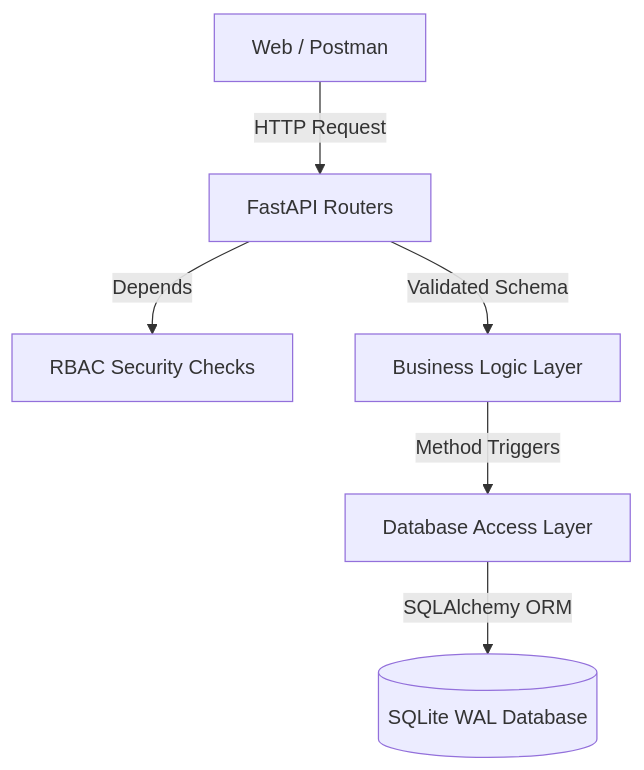
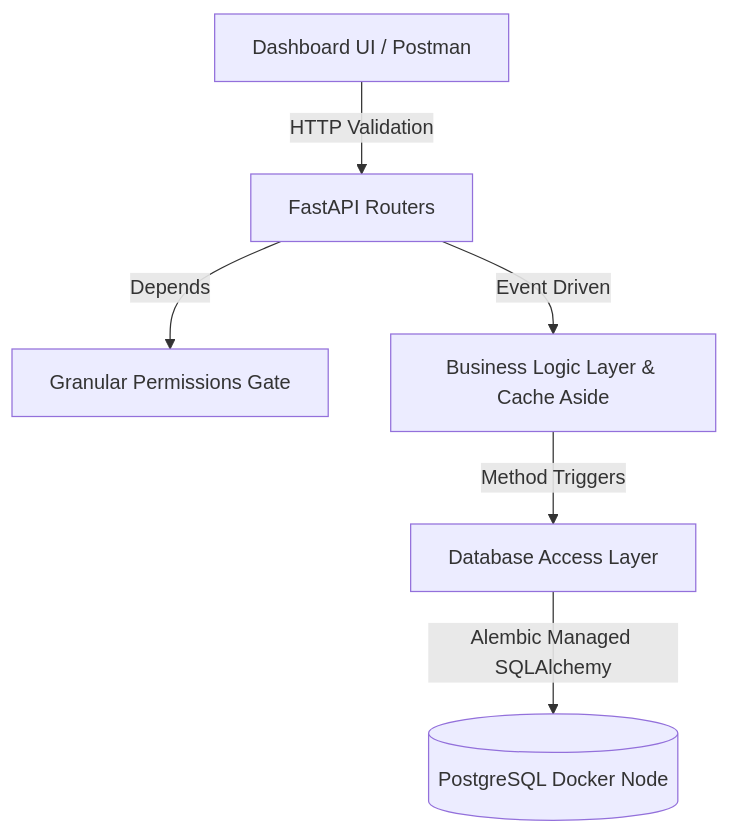
The diagram in README.md (Rajkaran-122/FinGuard), drawn with Mermaid before and after one commit. The commit also changed other lines of this file, not shown here.

````diff
--- a/README.md
+++ b/README.md
@@ -21,8 +24,8 @@
 ```mermaid
 graph TD
-    Client[Web / Postman] -->|HTTP Request| API[FastAPI Routers]
-    API -->|Depends| Auth[RBAC Security Checks]
-    API -->|Validated Schema| Services[Business Logic Layer]
+    Client[Dashboard UI / Postman] -->|HTTP Validation| API[FastAPI Routers]
+    API -->|Depends| Auth[Granular Permissions Gate]
+    API -->|Event Driven| Services[Business Logic Layer & Cache Aside]
     Services -->|Method Triggers| Repositories[Database Access Layer]
-    Repositories -->|SQLAlchemy ORM| DB[(SQLite WAL Database)]
+    Repositories -->|Alembic Managed SQLAlchemy| DB[(PostgreSQL Docker Node)]
 ```
````
